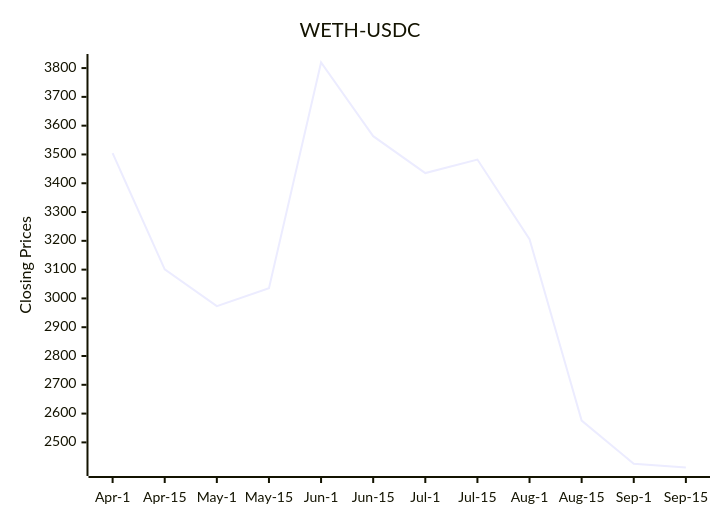
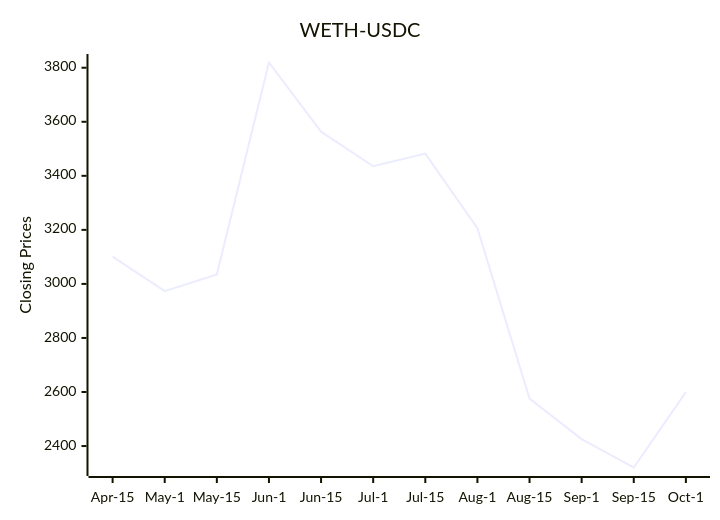
Before and after one commit to bicced/ReadmeCryptoPriceChart: the diagram in README.md, drawn with Mermaid.

Commit message:
Update README with latest DEX data

````diff
--- a/README.md
+++ b/README.md
@@ -6,7 +6,7 @@
 ```mermaid
 xychart-beta
   title "WETH-USDC"
-  x-axis [Apr-1,Apr-15,May-1,May-15,Jun-1,Jun-15,Jul-1,Jul-15,Aug-1,Aug-15,Sep-1,Sep-15]
-  y-axis "Closing Prices" 2412.78798580304 --> 3819.38075388494
-  line [3504.3532147092,3100.95426847415,2973.3332502791,3035.35925312099,3819.38075388494,3563.50423684803,3435.37304391752,3482.40990196361,3205.99009674922,2575.67729986359,2425.60361929393,2412.78798580304]
+  x-axis [Apr-15,May-1,May-15,Jun-1,Jun-15,Jul-1,Jul-15,Aug-1,Aug-15,Sep-1,Sep-15,Oct-1]
+  y-axis "Closing Prices" 2320.61761915807 --> 3819.38075388494
+  line [3100.95426847415,2973.3332502791,3035.35925312099,3819.38075388494,3563.50423684803,3435.37304391752,3482.40990196361,3205.99009674922,2575.67729986359,2425.60361929393,2320.61761915807,2599.58105992558]
 ```
````
